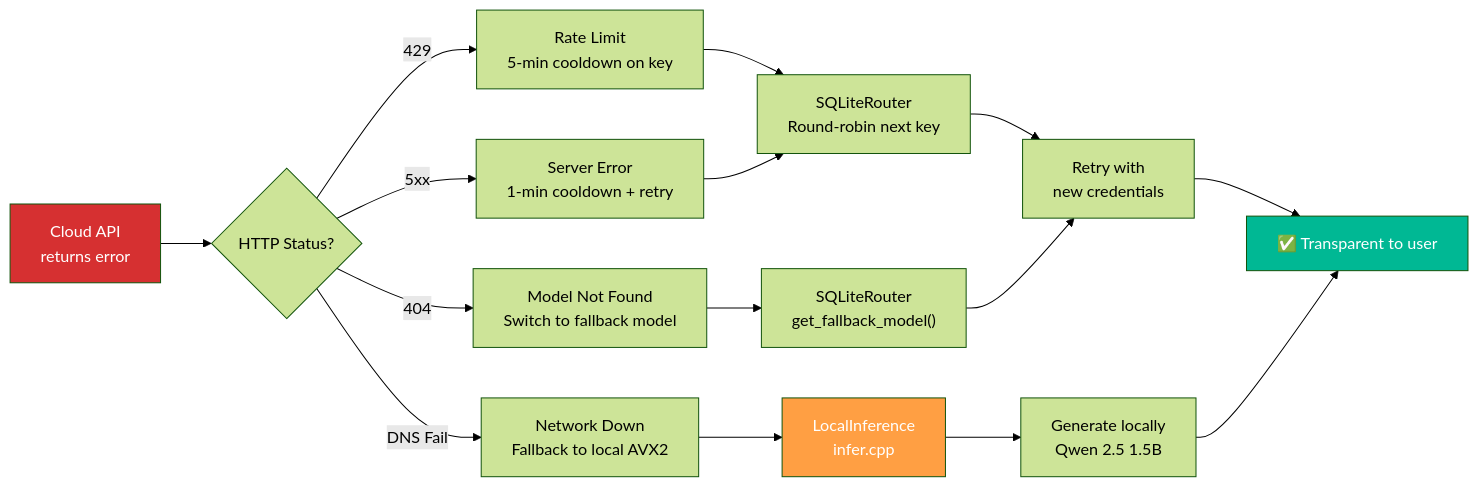
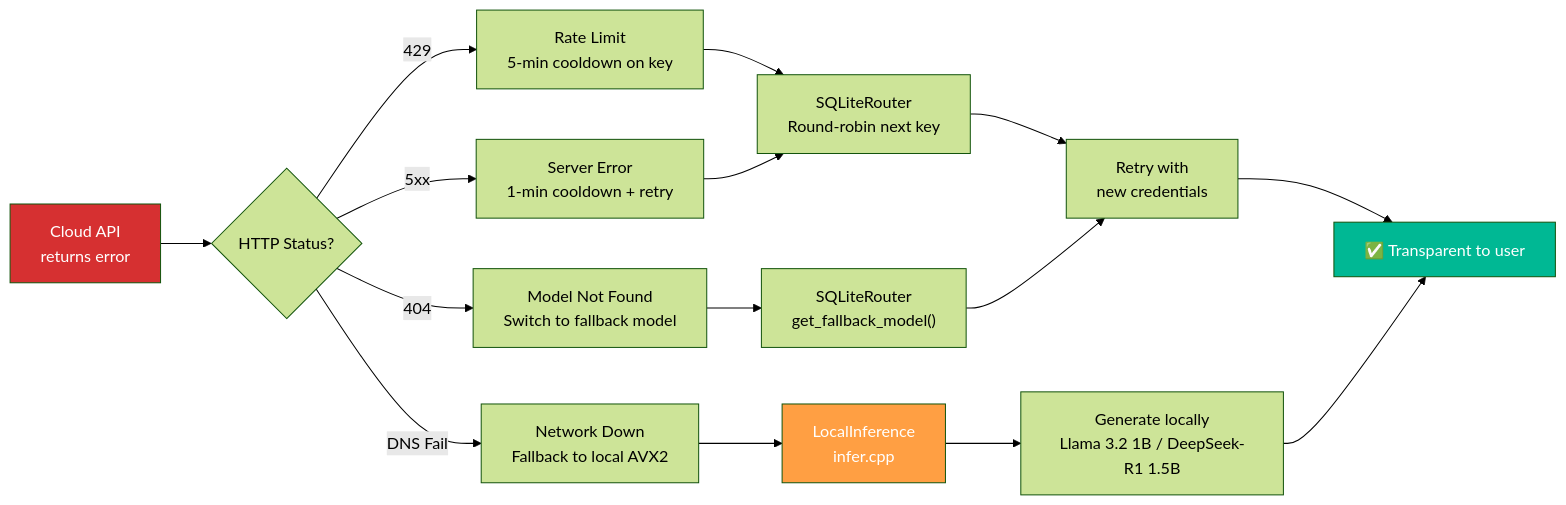
The second of 4 diagrams in README.md (ahtesham-clcbws/DenseLite), drawn with Mermaid (forest theme) before and after one commit. The commit also changed other lines of this file and 10 other files, not shown here.

Commit message:
docs: align all documentation, diagrams, benchmarks and client guides with canonical model stack and Vulkan GPU resource management

````diff
--- a/README.md
+++ b/README.md
@@ -138,25 +138,25 @@
 ```mermaid
 flowchart LR
     A["Cloud API<br/>returns error"] --> B{"HTTP Status?"}
 
     B -->|"429"| C["Rate Limit<br/>5-min cooldown on key"]
     B -->|"404"| D["Model Not Found<br/>Switch to fallback model"]
     B -->|"5xx"| E["Server Error<br/>1-min cooldown + retry"]
     B -->|"DNS Fail"| F["Network Down<br/>Fallback to local AVX2"]
 
     C --> G["SQLiteRouter<br/>Round-robin next key"]
     D --> H["SQLiteRouter<br/>get_fallback_model()"]
     E --> G
     F --> I["LocalInference<br/>infer.cpp"]
 
     G --> J["Retry with<br/>new credentials"]
     H --> J
-    I --> K["Generate locally<br/>Qwen 2.5 1.5B"]
+    I --> K["Generate locally<br/>Llama 3.2 1B / DeepSeek-R1 1.5B"]
 
     J --> L["✅ Transparent to user"]
     K --> L
 
     style A fill:#d63031,color:#fff
     style L fill:#00b894,color:#fff
     style I fill:#ff9f43,color:#fff
 ```
````
